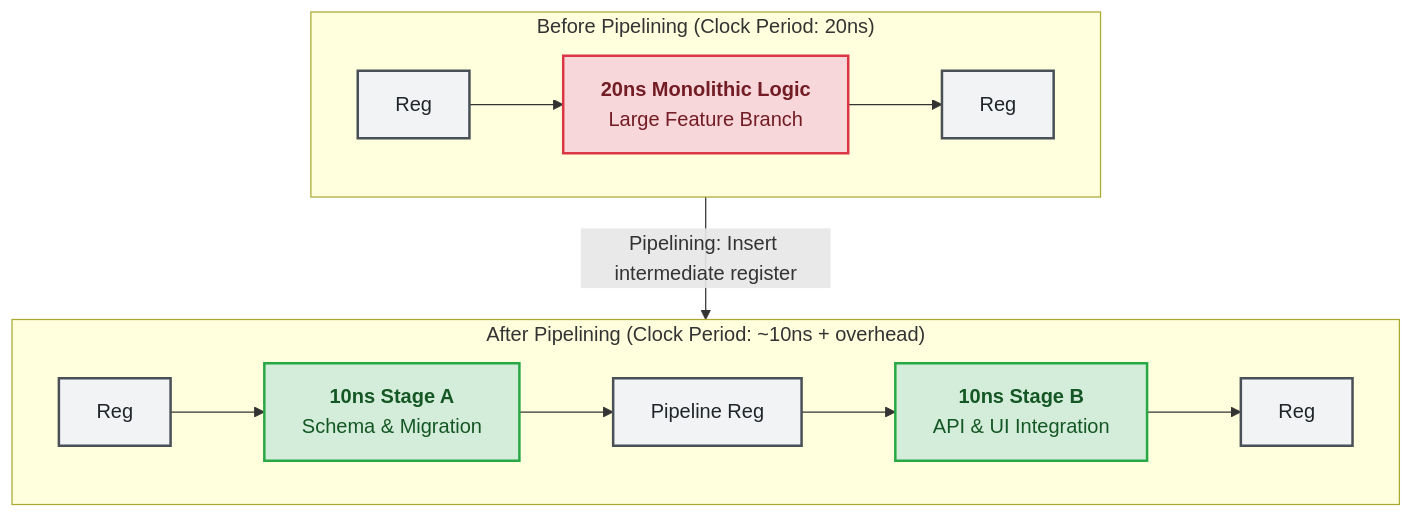
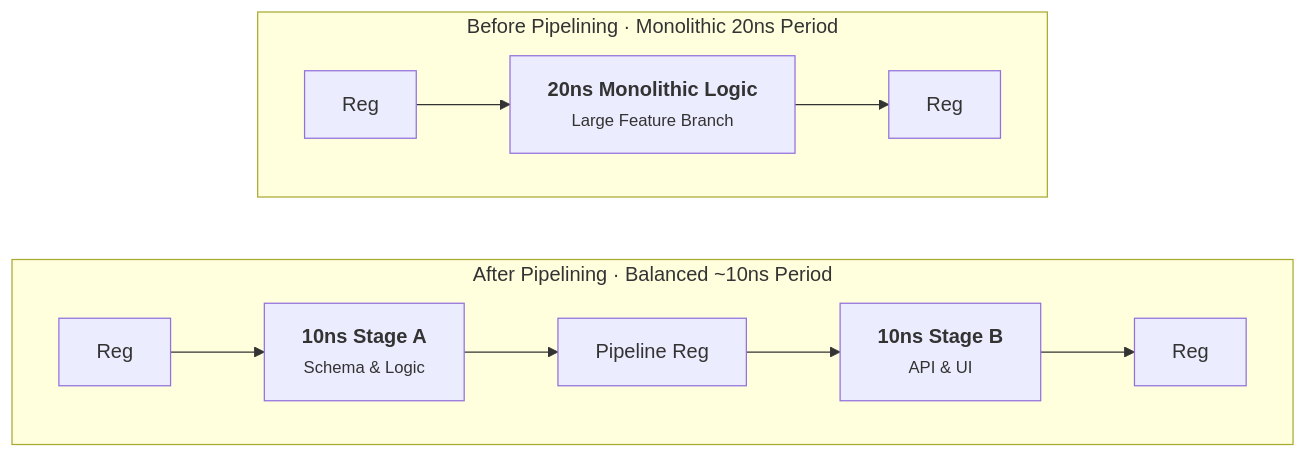
One commit to schlafer/sazidmahmud.bd changed the sixth of 6 diagrams in content/posts/11-Why AI Won’t 10x Your Software Team/index.md. Above: the diagram before and after it, drawn with Mermaid. The commit also changed other lines of this file and 2 other files, not shown here.

Commit message:
style(blog): redesign diagrams with clean architectural aesthetic and restrained palette

````diff
--- a/content/posts/11-Why AI Won’t 10x Your Software Team/index.md
+++ b/content/posts/11-Why AI Won’t 10x Your Software Team/index.md
@@ -238,18 +187,14 @@
 ```mermaid
 flowchart TD
-    subgraph Before["Before Pipelining (Clock Period: 20ns)"]
+    subgraph Before["Before Pipelining · Monolithic 20ns Period"]
         direction LR
-        R1["Reg"]:::reg --> L1["<b>20ns Monolithic Logic</b><br/>Large Feature Branch"]:::red --> R2["Reg"]:::reg
+        R1["Reg"]:::reg --> L1["<b>20ns Monolithic Logic</b><br/><small>Large Feature Branch</small>"]:::bottleneck --> R2["Reg"]:::reg
     end
 
-    subgraph After["After Pipelining (Clock Period: ~10ns + overhead)"]
+    subgraph After["After Pipelining · Balanced ~10ns Period"]
         direction LR
-        R3["Reg"]:::reg --> L2A["<b>10ns Stage A</b><br/>Schema & Migration"]:::green --> RM["Pipeline Reg"]:::reg --> L2B["<b>10ns Stage B</b><br/>API & UI Integration"]:::green --> R4["Reg"]:::reg
+        R3["Reg"]:::reg --> L2A["<b>10ns Stage A</b><br/><small>Schema & Logic</small>"]:::fast --> RM["Pipeline Reg"]:::reg --> L2B["<b>10ns Stage B</b><br/><small>API & UI</small>"]:::fast --> R4["Reg"]:::reg
     end
 
-    Before -->|"Pipelining: Insert intermediate register"| After
-
-    classDef green fill:#d4edda,stroke:#28a745,stroke-width:2px,color:#155724;
-    classDef red fill:#f8d7da,stroke:#dc3545,stroke-width:2px,color:#721c24;
-    classDef reg fill:#f1f3f5,stroke:#495057,stroke-width:2px,color:#212529;
+    Before ~~~ After
 ```
````
